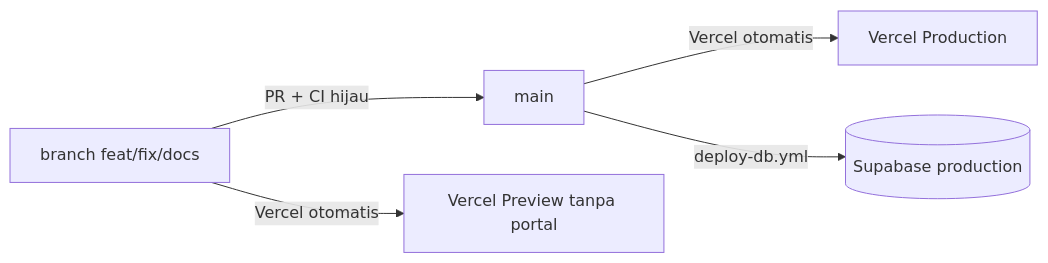
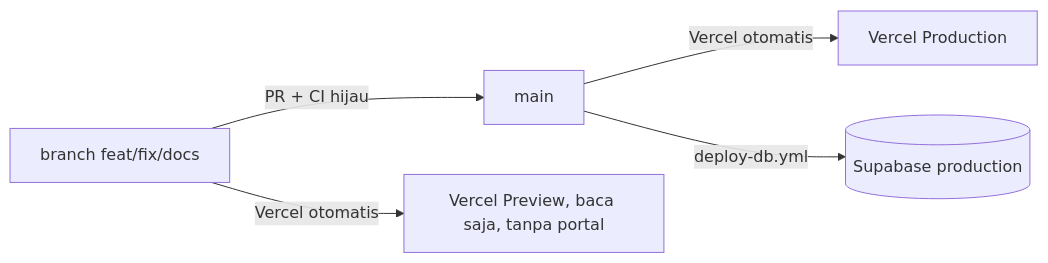
Before and after one commit to kisg-project/kisg-web: the diagram in docs/ci-cd.md, drawn with Mermaid. The commit also changed other lines of this file and 30 other files, not shown here.

````diff
--- a/docs/ci-cd.md
+++ b/docs/ci-cd.md
@@ -7,7 +7,7 @@
 ```mermaid
 flowchart LR
   F[branch feat/fix/docs] -->|PR + CI hijau| M[main]
   M -->|Vercel otomatis| P[Vercel Production]
   M -->|deploy-db.yml| DB[(Supabase production)]
-  F -->|Vercel otomatis| PV[Vercel Preview tanpa portal]
+  F -->|Vercel otomatis| PV[Vercel Preview, baca saja, tanpa portal]
 ```
````
